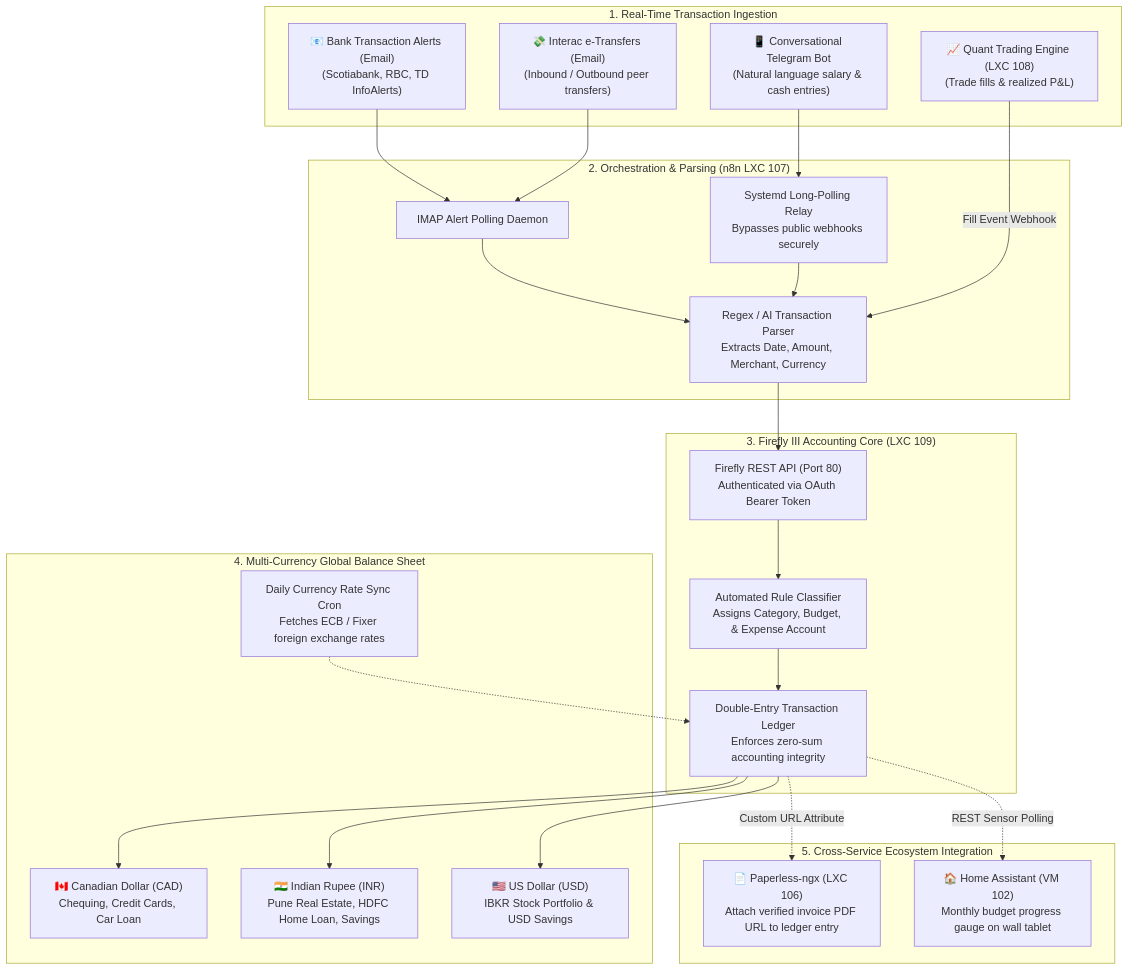
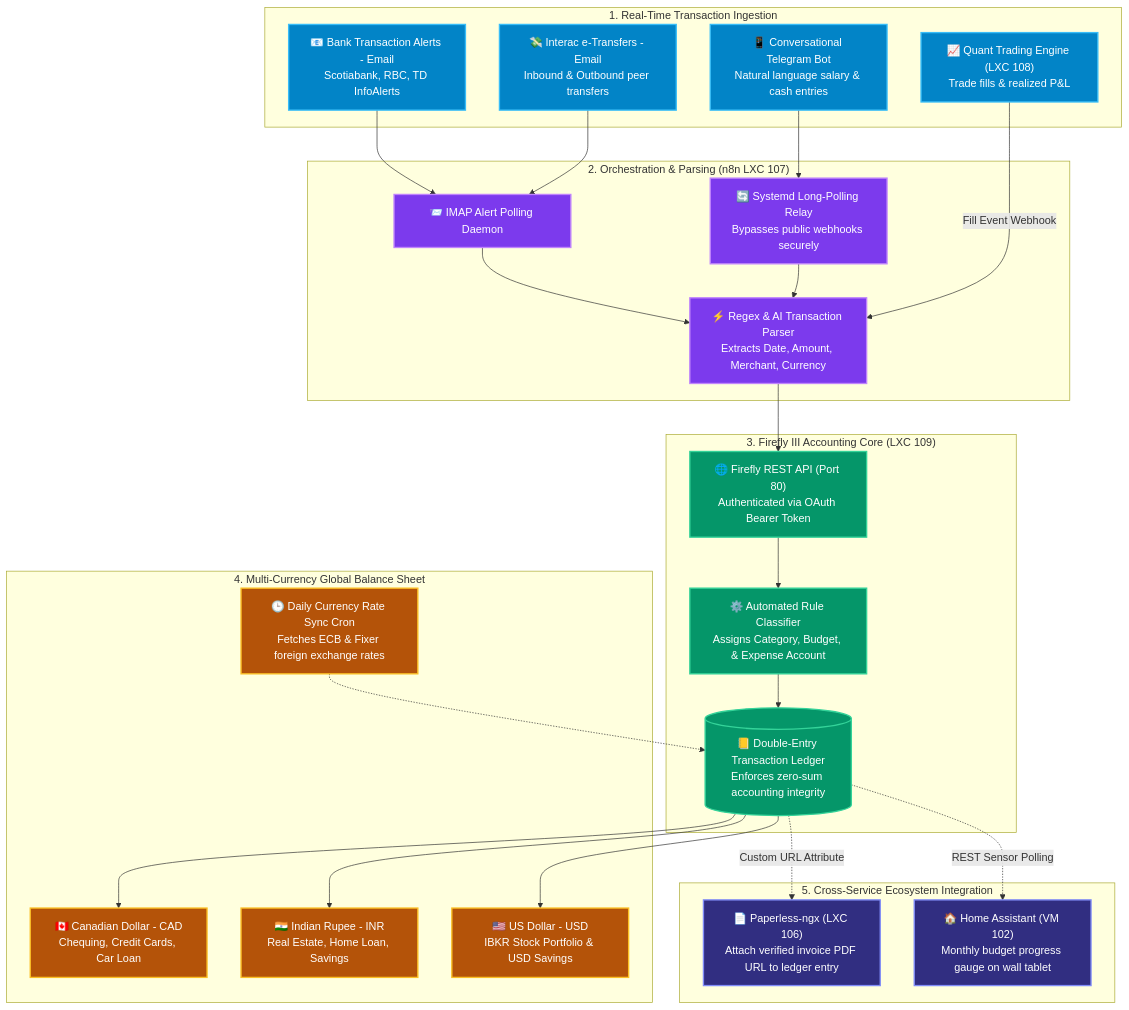
One commit to nishilshah/homelab-blueprints changed the diagram in services/firefly-iii-finance/README.md. Above: the diagram before and after it, drawn with Mermaid. The commit also changed 14 other files, not shown here.

Commit message:
fix(docs): resolve GitHub Mermaid rendering errors and add vibrant color themes across all diagrams

````diff
--- a/services/firefly-iii-finance/README.md
+++ b/services/firefly-iii-finance/README.md
@@ -25,48 +25,58 @@
 ```mermaid
 flowchart TD
+    classDef source fill:#0284c7,stroke:#38bdf8,stroke-width:2px,color:#ffffff;
+    classDef n8n fill:#7c3aed,stroke:#c084fc,stroke-width:2px,color:#ffffff;
+    classDef firefly fill:#059669,stroke:#34d399,stroke-width:2px,color:#ffffff;
+    classDef currency fill:#b45309,stroke:#fbbf24,stroke-width:2px,color:#ffffff;
+    classDef link fill:#312e81,stroke:#818cf8,stroke-width:2px,color:#ffffff;
+
     subgraph InboundSources ["1. Real-Time Transaction Ingestion"]
-        BankEmail["📧 Bank Transaction Alerts (Email)<br/>(Scotiabank, RBC, TD InfoAlerts)"]
-        Interac["💸 Interac e-Transfers (Email)<br/>(Inbound / Outbound peer transfers)"]
-        Telegram["📱 Conversational Telegram Bot<br/>(Natural language salary & cash entries)"]
-        TradingEngine["📈 Quant Trading Engine (LXC 108)<br/>(Trade fills & realized P&L)"]
+        BankEmail["📧 Bank Transaction Alerts - Email<br/>Scotiabank, RBC, TD InfoAlerts"]:::source
+        Interac["💸 Interac e-Transfers - Email<br/>Inbound & Outbound peer transfers"]:::source
+        Telegram["📱 Conversational Telegram Bot<br/>Natural language salary & cash entries"]:::source
+        TradingEngine["📈 Quant Trading Engine (LXC 108)<br/>Trade fills & realized P&L"]:::source
     end
 
     subgraph AutomationLayer ["2. Orchestration & Parsing (n8n LXC 107)"]
-        IMAP["IMAP Alert Polling Daemon"]
-        RegexParse["Regex / AI Transaction Parser<br/>Extracts Date, Amount, Merchant, Currency"]
-        TG_Relay["Systemd Long-Polling Relay<br/>Bypasses public webhooks securely"]
+        IMAP["📨 IMAP Alert Polling Daemon"]:::n8n
+        RegexParse["⚡ Regex & AI Transaction Parser<br/>Extracts Date, Amount, Merchant, Currency"]:::n8n
+        TG_Relay["🔄 Systemd Long-Polling Relay<br/>Bypasses public webhooks securely"]:::n8n
         
-        BankEmail --> IMAP --> RegexParse
+        BankEmail --> IMAP
+        IMAP --> RegexParse
         Interac --> IMAP
-        Telegram --> TG_Relay --> RegexParse
+        Telegram --> TG_Relay
+        TG_Relay --> RegexParse
         TradingEngine -->|Fill Event Webhook| RegexParse
     end
 
     subgraph FireflyCore ["3. Firefly III Accounting Core (LXC 109)"]
-        REST["Firefly REST API (Port 80)<br/>Authenticated via OAuth Bearer Token"]
-        RuleEngine["Automated Rule Classifier<br/>Assigns Category, Budget, & Expense Account"]
-        Ledger["Double-Entry Transaction Ledger<br/>Enforces zero-sum accounting integrity"]
+        REST["🌐 Firefly REST API (Port 80)<br/>Authenticated via OAuth Bearer Token"]:::firefly
+        RuleEngine["⚙️ Automated Rule Classifier<br/>Assigns Category, Budget, & Expense Account"]:::firefly
+        Ledger[("📒 Double-Entry Transaction Ledger<br/>Enforces zero-sum accounting integrity")]:::firefly
         
-        RegexParse --> REST --> RuleEngine --> Ledger
+        RegexParse --> REST
+        REST --> RuleEngine
+        RuleEngine --> Ledger
     end
 
     subgraph MultiCurrency ["4. Multi-Currency Global Balance Sheet"]
-        CAD["🇨🇦 Canadian Dollar (CAD)<br/>Chequing, Credit Cards, Car Loan"]
-        INR["🇮🇳 Indian Rupee (INR)<br/>Pune Real Estate, HDFC Home Loan, Savings"]
-        USD["🇺🇸 US Dollar (USD)<br/>IBKR Stock Portfolio & USD Savings"]
-        Rates["Daily Currency Rate Sync Cron<br/>Fetches ECB / Fixer foreign exchange rates"]
+        CAD["🇨🇦 Canadian Dollar - CAD<br/>Chequing, Credit Cards, Car Loan"]:::currency
+        INR["🇮🇳 Indian Rupee - INR<br/>Real Estate, Home Loan, Savings"]:::currency
+        USD["🇺🇸 US Dollar - USD<br/>IBKR Stock Portfolio & USD Savings"]:::currency
+        Rates["🕒 Daily Currency Rate Sync Cron<br/>Fetches ECB & Fixer foreign exchange rates"]:::currency
         
         Ledger --> CAD
         Ledger --> INR
         Ledger --> USD
         Rates -.-> Ledger
     end
 
     subgraph Linkages ["5. Cross-Service Ecosystem Integration"]
-        Paperless["📄 Paperless-ngx (LXC 106)<br/>Attach verified invoice PDF URL to ledger entry"]
-        HomeAssistant["🏠 Home Assistant (VM 102)<br/>Monthly budget progress gauge on wall tablet"]
+        Paperless["📄 Paperless-ngx (LXC 106)<br/>Attach verified invoice PDF URL to ledger entry"]:::link
+        HomeAssistant["🏠 Home Assistant (VM 102)<br/>Monthly budget progress gauge on wall tablet"]:::link
         
         Ledger -.->|Custom URL Attribute| Paperless
         Ledger -.->|REST Sensor Polling| HomeAssistant
     end
 ```
````
